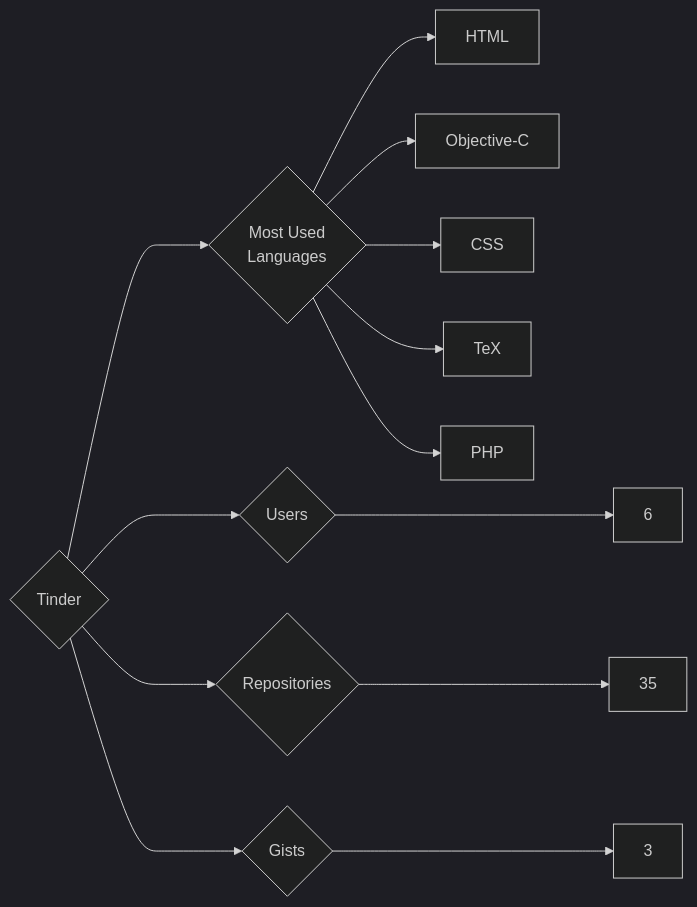
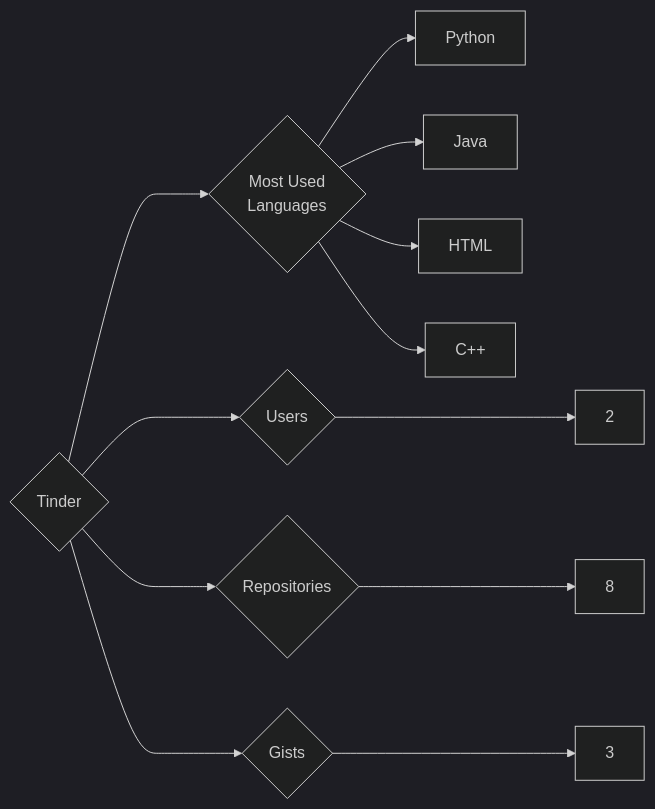
The diagram in targets/Tinder/README.md (trickest/insiders), drawn with Mermaid (dark theme) before and after one commit. The commit also changed 815 other files, not shown here.

````diff
--- a/targets/Tinder/README.md
+++ b/targets/Tinder/README.md
@@ -3,13 +3,12 @@
 ```mermaid
 graph LR
 COMPANY_NAME{Tinder}
-COMPANY_NAME ---> U{Users} ---> UN[6]
-COMPANY_NAME ---> R{Repositories} ---> RN[35]
+COMPANY_NAME ---> U{Users} ---> UN[2]
+COMPANY_NAME ---> R{Repositories} ---> RN[8]
 COMPANY_NAME ---> G{Gists} ---> GN[3]
 COMPANY_NAME ---> ML{Most Used<br>Languages}
+ML --> Python[Python]
+ML --> Java[Java]
 ML --> HTML[HTML]
-ML --> Objective-C[Objective-C]
-ML --> CSS[CSS]
-ML --> TeX[TeX]
-ML --> PHP[PHP]
+ML --> C++[C++]
 ```
````
